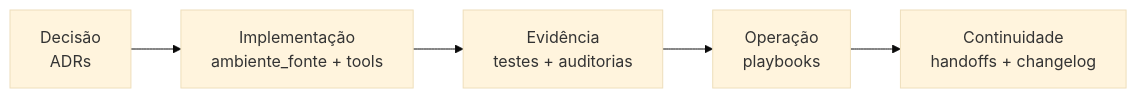
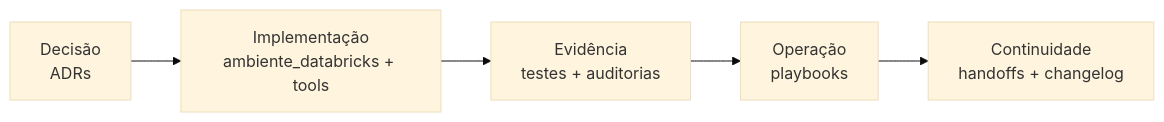
One commit to Guimarais-R-Rodrigo/Ambiente_Databricks changed the diagram in docs/README.md. Above: the diagram before and after it, drawn with Mermaid (base theme). The commit also changed other lines of this file and 1094 other files, not shown here.

Commit message:
refactor: consolidar fonte Databricks, manual V2 e ferramentas de manutencao

````diff
--- a/docs/README.md
+++ b/docs/README.md
@@ -26,7 +27,7 @@
 ```mermaid
 flowchart LR
-  D["Decisão<br/>ADRs"] --> I["Implementação<br/>ambiente_fonte + tools"]
+  D["Decisão<br/>ADRs"] --> I["Implementação<br/>ambiente_databricks + tools"]
   I --> E["Evidência<br/>testes + auditorias"]
   E --> O["Operação<br/>playbooks"]
   O --> H["Continuidade<br/>handoffs + changelog"]
 ```
````
